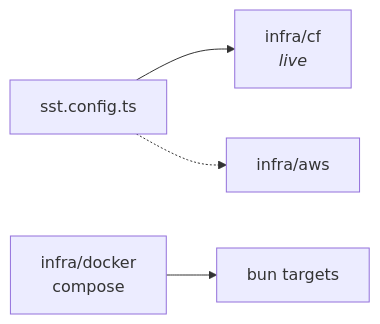
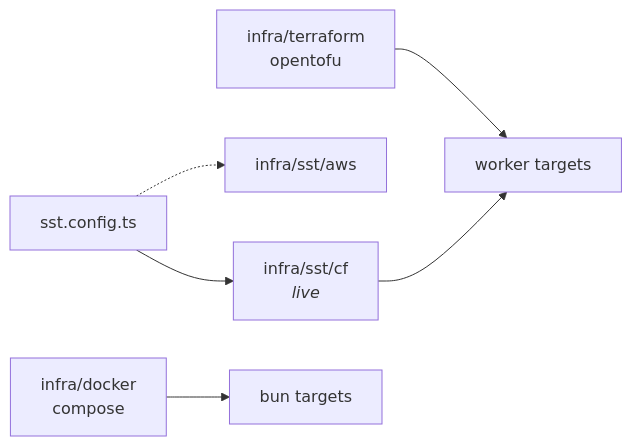
Before and after one commit to andre-brandao/template: the second of 2 diagrams in docs/runtime.md, drawn with Mermaid. The commit also changed other lines of this file and 26 other files, not shown here.

````diff
--- a/docs/runtime.md
+++ b/docs/runtime.md
@@ -45,6 +45,8 @@
 ```mermaid
 graph LR
-  sst["sst.config.ts"] --> cf["infra/cf<br/><i>live</i>"]
-  sst -.-> aws["infra/aws"]
+  sst["sst.config.ts"] --> cf["infra/sst/cf<br/><i>live</i>"]
+  sst -.-> aws["infra/sst/aws"]
+  tofu["infra/terraform<br/>opentofu"] --> worker["worker targets"]
+  cf --> worker
   docker["infra/docker<br/>compose"] --> bun["bun targets"]
 ```
````
